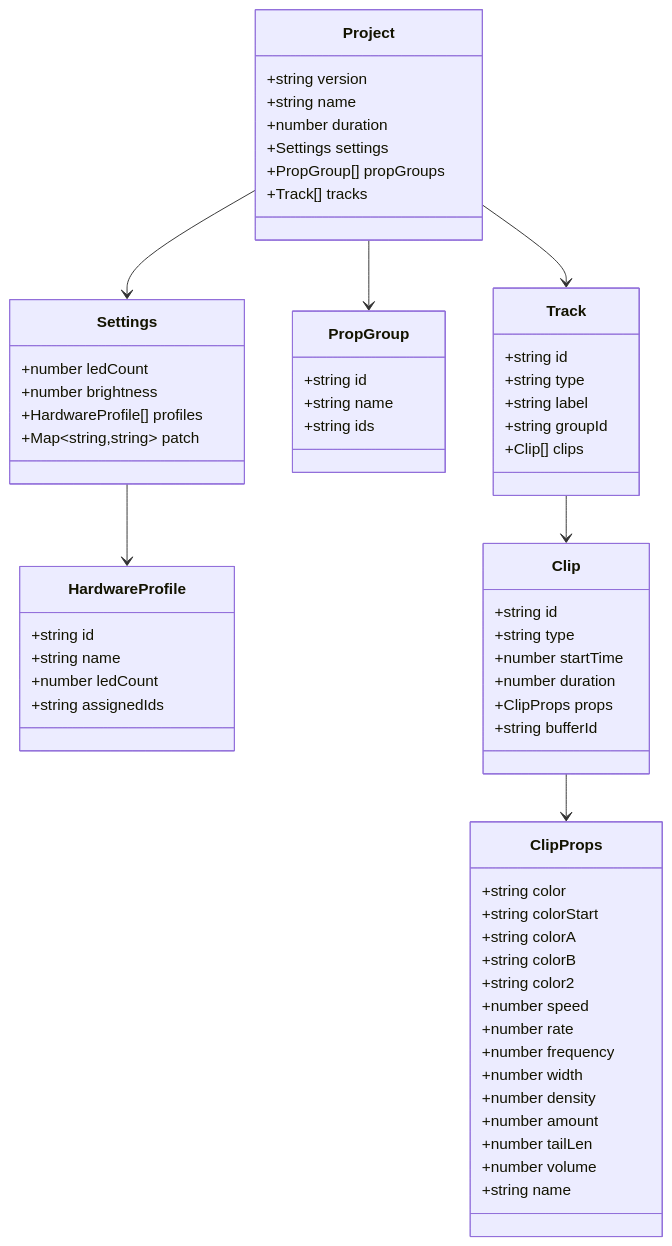
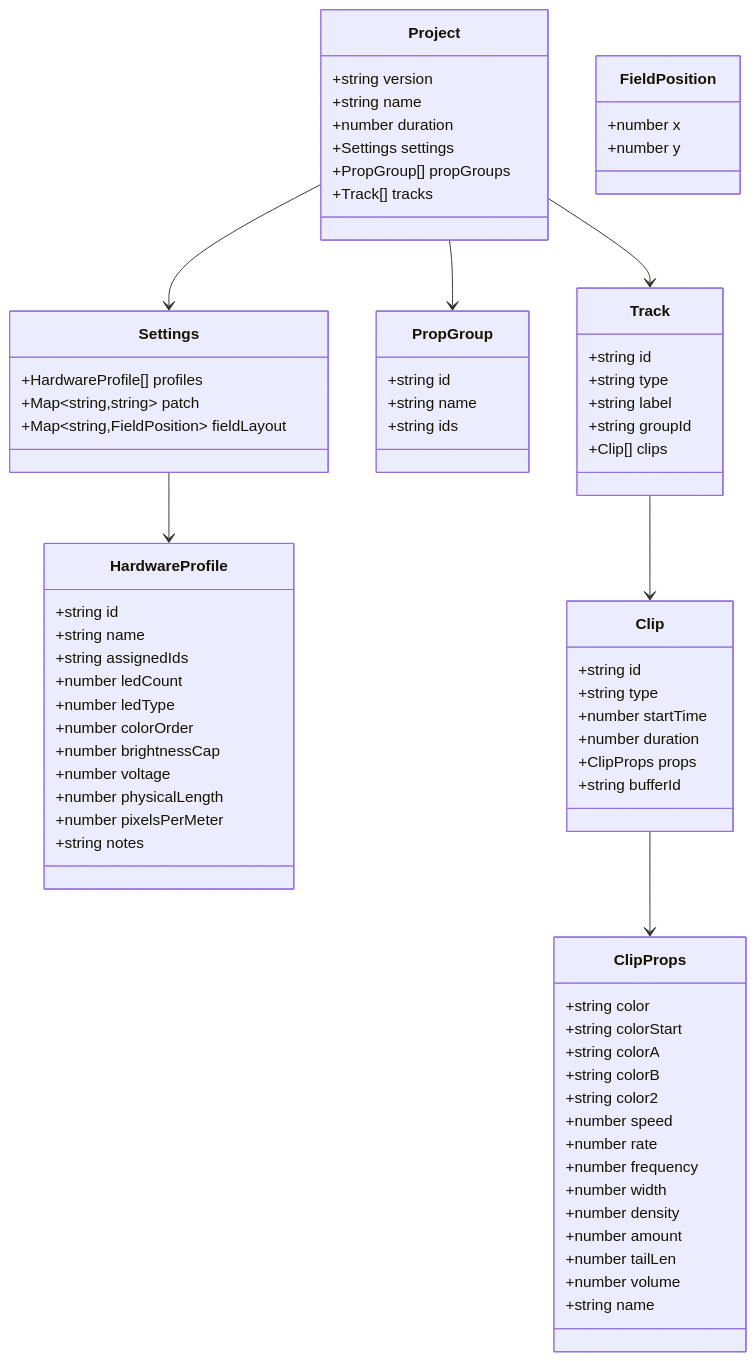
One commit to picolume/studio changed the fourth of 11 diagrams in SOFTWARE_REQUIREMENTS_DOCUMENT.md. Above: the diagram before and after it, drawn with Mermaid. The commit also changed other lines of this file and 4 other files, not shown here.

```diff
--- a/SOFTWARE_REQUIREMENTS_DOCUMENT.md
+++ b/SOFTWARE_REQUIREMENTS_DOCUMENT.md
@@ -256,17 +256,28 @@
     }
 
     class Settings {
-        +number ledCount
-        +number brightness
         +HardwareProfile[] profiles
         +Map~string,string~ patch
+        +Map~string,FieldPosition~ fieldLayout
     }
 
     class HardwareProfile {
         +string id
         +string name
+        +string assignedIds
         +number ledCount
-        +string assignedIds
+        +number ledType
+        +number colorOrder
+        +number brightnessCap
+        +number voltage
+        +number physicalLength
+        +number pixelsPerMeter
+        +string notes
+    }
+
+    class FieldPosition {
+        +number x
+        +number y
     }
 
     class PropGroup {
```
